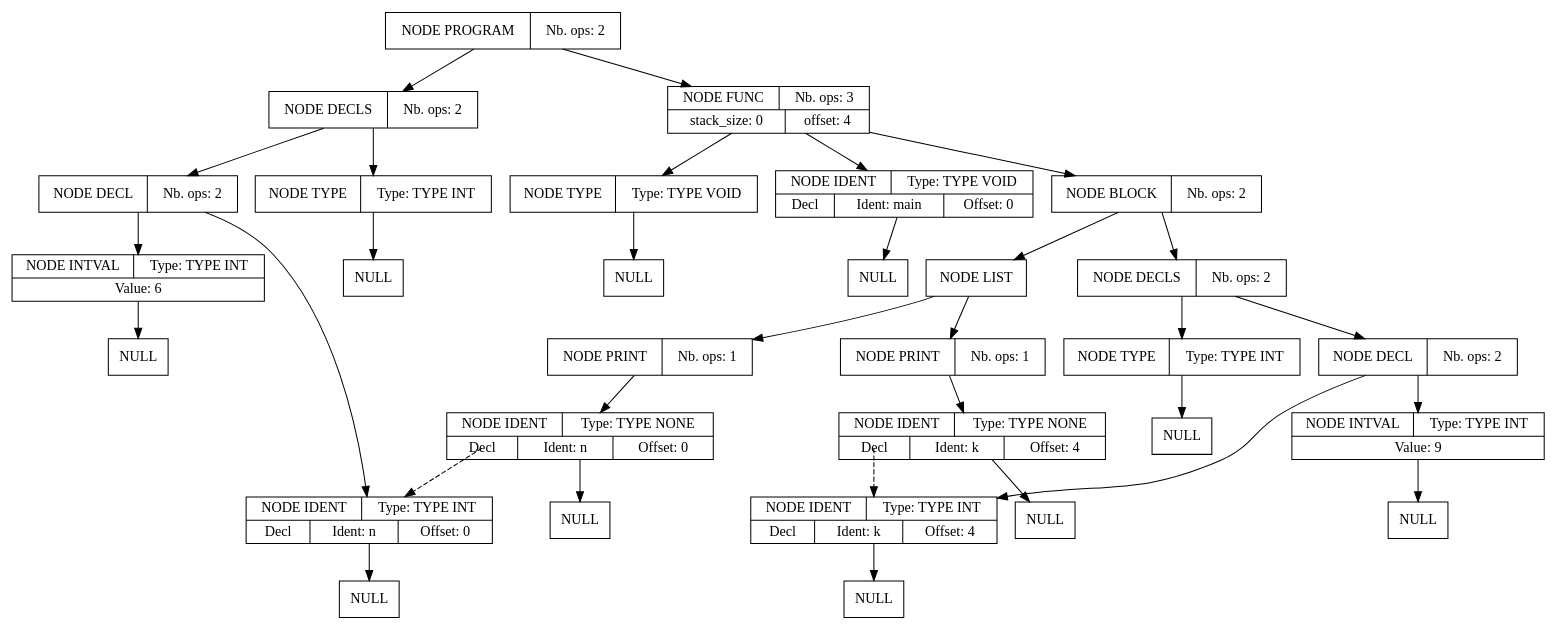
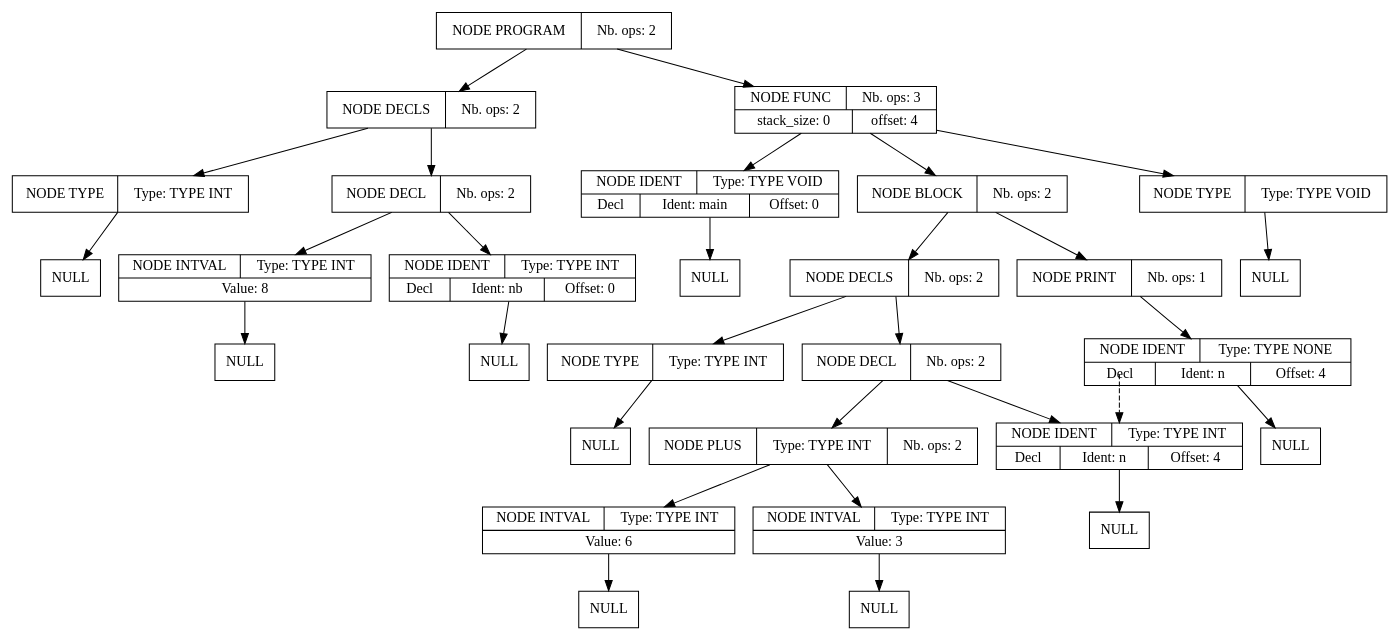
Before and after one commit to Serial-DeV/Compilation: the diagram in projet_compilation_src/src/fichier_dump_fin.dot, drawn with Graphviz. The commit also changed 6 other files, not shown here.

```diff
--- a/projet_compilation_src/src/fichier_dump_fin.dot
+++ b/projet_compilation_src/src/fichier_dump_fin.dot
@@ -1,94 +1,89 @@
 digraph global_vars {
     N1 [shape=record, label="{{NODE PROGRAM|Nb. ops: 2}}"];
     N2 [shape=record, label="{{NODE DECLS|Nb. ops: 2}}"];
     N3 [shape=record, label="{{NODE TYPE|Type: TYPE INT}}"];
     N4 [shape=record, label="{{NULL}}"];
     edge[tailclip=true];
     N3 -> N4
     edge[tailclip=true];
     N2 -> N3
     N5 [shape=record, label="{{NODE DECL|Nb. ops: 2}}"];
-    N6 [shape=record, label="{{NODE IDENT|Type: TYPE INT}|{<decl>Decl      |Ident: n|Offset: 0}}"];
+    N6 [shape=record, label="{{NODE IDENT|Type: TYPE INT}|{<decl>Decl      |Ident: nb|Offset: 0}}"];
     N7 [shape=record, label="{{NULL}}"];
     edge[tailclip=true];
     N6 -> N7
     edge[tailclip=true];
     N5 -> N6
-    N8 [shape=record, label="{{NODE INTVAL|Type: TYPE INT}|{Value: 6}}"];
+    N8 [shape=record, label="{{NODE INTVAL|Type: TYPE INT}|{Value: 8}}"];
     N9 [shape=record, label="{{NULL}}"];
     edge[tailclip=true];
     N8 -> N9
     edge[tailclip=true];
     N5 -> N8
     edge[tailclip=true];
     N2 -> N5
     edge[tailclip=true];
     N1 -> N2
     N10 [shape=record, label="{{NODE FUNC|Nb. ops: 3}|{stack_size: 0|offset: 4}}"];
     N11 [shape=record, label="{{NODE TYPE|Type: TYPE VOID}}"];
     N12 [shape=record, label="{{NULL}}"];
     edge[tailclip=true];
     N11 -> N12
     edge[tailclip=true];
     N10 -> N11
     N13 [shape=record, label="{{NODE IDENT|Type: TYPE VOID}|{<decl>Decl      |Ident: main|Offset: 0}}"];
     N14 [shape=record, label="{{NULL}}"];
     edge[tailclip=true];
     N13 -> N14
     edge[tailclip=true];
     N10 -> N13
     N15 [shape=record, label="{{NODE BLOCK|Nb. ops: 2}}"];
     N16 [shape=record, label="{{NODE DECLS|Nb. ops: 2}}"];
     N17 [shape=record, label="{{NODE TYPE|Type: TYPE INT}}"];
     N18 [shape=record, label="{{NULL}}"];
     edge[tailclip=true];
     N17 -> N18
     edge[tailclip=true];
     N16 -> N17
     N19 [shape=record, label="{{NODE DECL|Nb. ops: 2}}"];
-    N20 [shape=record, label="{{NODE IDENT|Type: TYPE INT}|{<decl>Decl      |Ident: k|Offset: 4}}"];
+    N20 [shape=record, label="{{NODE IDENT|Type: TYPE INT}|{<decl>Decl      |Ident: n|Offset: 4}}"];
     N21 [shape=record, label="{{NULL}}"];
     edge[tailclip=true];
     N20 -> N21
     edge[tailclip=true];
     N19 -> N20
-    N22 [shape=record, label="{{NODE INTVAL|Type: TYPE INT}|{Value: 9}}"];
-    N23 [shape=record, label="{{NULL}}"];
+    N22 [shape=record, label="{{NODE PLUS|Type: TYPE INT|Nb. ops: 2}}"];
+    N23 [shape=record, label="{{NODE INTVAL|Type: TYPE INT}|{Value: 3}}"];
+    N24 [shape=record, label="{{NULL}}"];
+    edge[tailclip=true];
+    N23 -> N24
     edge[tailclip=true];
     N22 -> N23
+    N25 [shape=record, label="{{NODE INTVAL|Type: TYPE INT}|{Value: 6}}"];
+    N26 [shape=record, label="{{NULL}}"];
+    edge[tailclip=true];
+    N25 -> N26
+    edge[tailclip=true];
+    N22 -> N25
     edge[tailclip=true];
     N19 -> N22
     edge[tailclip=true];
     N16 -> N19
     edge[tailclip=true];
     N15 -> N16
-    N24 [shape=record, label="{{NODE LIST}}"];
-    N25 [shape=record, label="{{NODE PRINT|Nb. ops: 1}}"];
-    N26 [shape=record, label="{{NODE IDENT|Type: TYPE NONE}|{<decl>Decl      |Ident: n|Offset: 0}}"];
+    N27 [shape=record, label="{{NODE PRINT|Nb. ops: 1}}"];
+    N28 [shape=record, label="{{NODE IDENT|Type: TYPE NONE}|{<decl>Decl      |Ident: n|Offset: 4}}"];
     edge[tailclip=false];
-    "N26":decl:c -> "N6" [style=dashed]
-    N27 [shape=record, label="{{NULL}}"];
-    edge[tailclip=true];
-    N26 -> N27
-    edge[tailclip=true];
-    N25 -> N26
-    edge[tailclip=true];
-    N24 -> N25
-    N28 [shape=record, label="{{NODE PRINT|Nb. ops: 1}}"];
-    N29 [shape=record, label="{{NODE IDENT|Type: TYPE NONE}|{<decl>Decl      |Ident: k|Offset: 4}}"];
-    edge[tailclip=false];
-    "N29":decl:c -> "N20" [style=dashed]
-    N30 [shape=record, label="{{NULL}}"];
-    edge[tailclip=true];
-    N29 -> N30
+    "N28":decl:c -> "N20" [style=dashed]
+    N29 [shape=record, label="{{NULL}}"];
     edge[tailclip=true];
     N28 -> N29
     edge[tailclip=true];
-    N24 -> N28
+    N27 -> N28
     edge[tailclip=true];
-    N15 -> N24
+    N15 -> N27
     edge[tailclip=true];
     N10 -> N15
     edge[tailclip=true];
     N1 -> N10
 }
```
